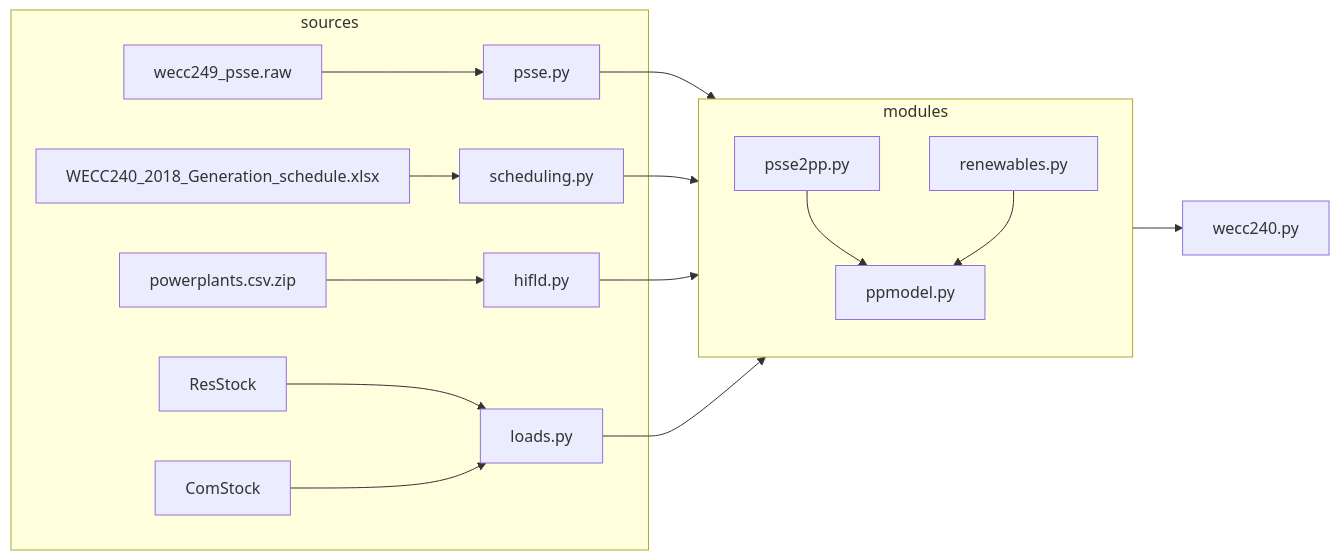
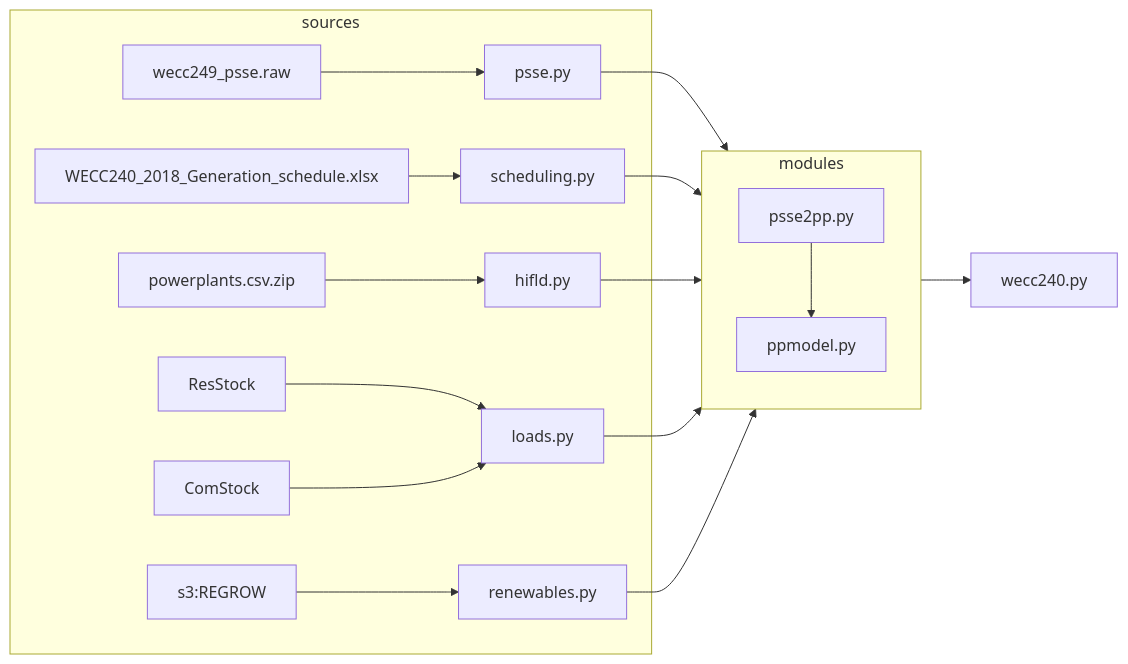
The first of 5 diagrams in pypower/README.md (slacgismo/regrow), drawn with Mermaid before and after one commit.

````diff
--- a/pypower/README.md
+++ b/pypower/README.md
@@ -5,24 +5,25 @@
 ```mermaid
 flowchart LR
 
     subgraph sources
         wecc249_psse.raw --> psse.py
         WECC240_2018_Generation_schedule.xlsx --> scheduling.py
         powerplants.csv.zip --> hifld.py
         ResStock --> loads.py
         ComStock --> loads.py
+        s3:REGROW --> renewables.py
     end
 
     subgraph modules
         direction TB
         psse.py --> psse2pp.py
         psse2pp.py --> ppmodel.py
         scheduling.py  --> ppmodel.py
         hifld.py --> ppmodel.py
         loads.py --> ppmodel.py
         renewables.py --> ppmodel.py
         ppmodel.py
     end
 
     ppmodel.py --> wecc240.py
 ```
````
